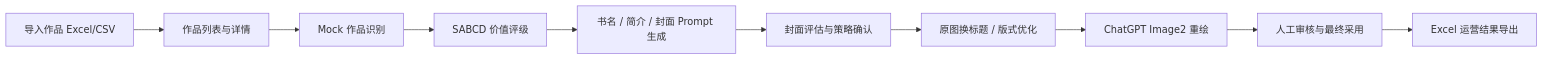
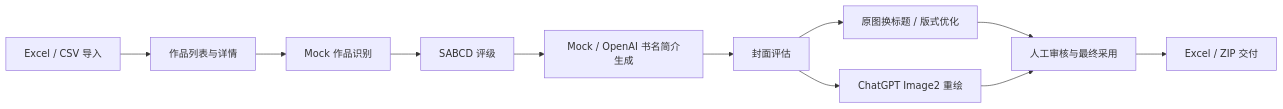
The diagram in README.md (KAtOReNA7/ContentOps-Hub), drawn with Mermaid before and after one commit. The commit also changed other lines of this file and 24 other files, not shown here.

````diff
--- a/README.md
+++ b/README.md
@@ -72,12 +56,13 @@
 ```mermaid
 flowchart LR
-  A["导入作品 Excel/CSV"] --> B["作品列表与详情"]
+  A["Excel / CSV 导入"] --> B["作品列表与详情"]
   B --> C["Mock 作品识别"]
-  C --> D["SABCD 价值评级"]
-  D --> E["书名 / 简介 / 封面 Prompt 生成"]
-  E --> F["封面评估与策略确认"]
+  C --> D["SABCD 评级"]
+  D --> E["Mock / OpenAI 书名简介生成"]
+  E --> F["封面评估"]
   F --> G["原图换标题 / 版式优化"]
-  G --> H["ChatGPT Image2 重绘"]
-  H --> I["人工审核与最终采用"]
-  I --> J["Excel 运营结果导出"]
+  F --> H["ChatGPT Image2 重绘"]
+  G --> I["人工审核与最终采用"]
+  H --> I
+  I --> J["Excel / ZIP 交付"]
 ```
````
